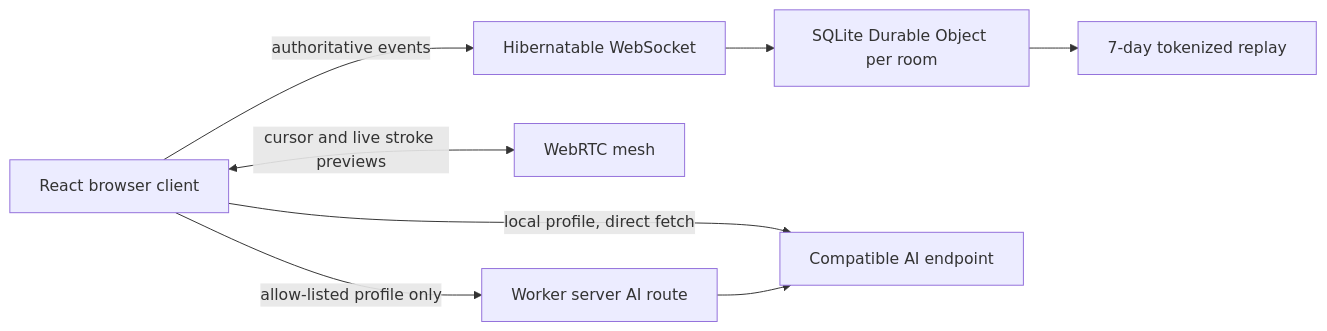
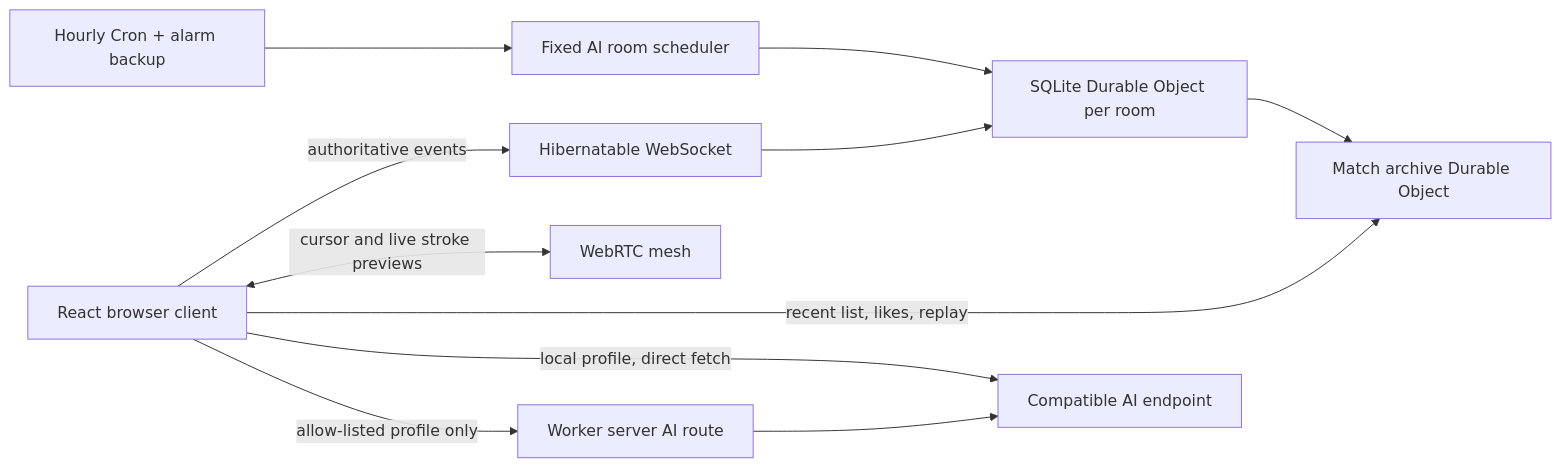
Before and after one commit to FirotSilence/DrawGuessAI: the diagram in docs/architecture.md, drawn with Mermaid. The commit also changed other lines of this file and 64 other files, not shown here.

````diff
--- a/docs/architecture.md
+++ b/docs/architecture.md
@@ -7,10 +7,13 @@
 ```mermaid
 flowchart LR
   Browser[React browser client] -->|authoritative events| WS[Hibernatable WebSocket]
   Browser <-->|cursor and live stroke previews| RTC[WebRTC mesh]
   WS --> Room[SQLite Durable Object per room]
-  Room --> Replay[7-day tokenized replay]
+  Room --> Archive[Match archive Durable Object]
+  Browser -->|recent list, likes, replay| Archive
+  Cron[Hourly Cron + alarm backup] --> Auto[Fixed AI room scheduler]
+  Auto --> Room
   Browser -->|local profile, direct fetch| Provider[Compatible AI endpoint]
   Browser -->|allow-listed profile only| WorkerAI[Worker server AI route]
   WorkerAI --> Provider
 ```
````
